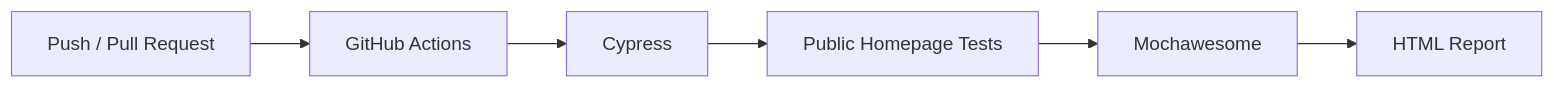
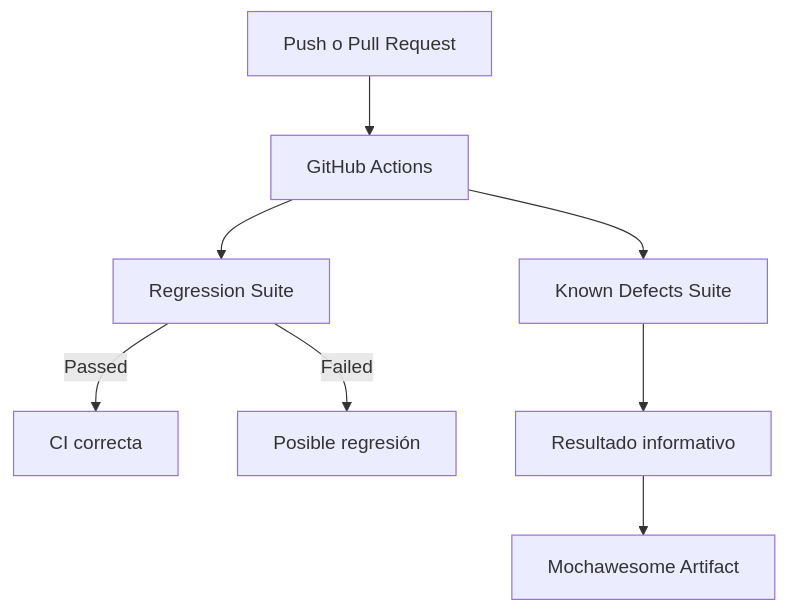
The second of 4 diagrams in README.md (MichaelR21z/shady-meadows-bnb-automation), drawn with Mermaid before and after one commit. The commit also changed other lines of this file and 1 other file, not shown here.

````diff
--- a/README.md
+++ b/README.md
@@ -121,8 +217,12 @@
 ```mermaid
-flowchart LR
-    A[Push / Pull Request] --> B[GitHub Actions]
-    B --> C[Cypress]
-    C --> D[Public Homepage Tests]
-    D --> E[Mochawesome]
-    E --> F[HTML Report]
+flowchart TD
+    A[Push o Pull Request] --> B[GitHub Actions]
+    B --> C[Regression Suite]
+    B --> D[Known Defects Suite]
+
+    C -->|Passed| E[CI correcta]
+    C -->|Failed| F[Posible regresión]
+
+    D --> G[Resultado informativo]
+    G --> H[Mochawesome Artifact]
 ```
````
